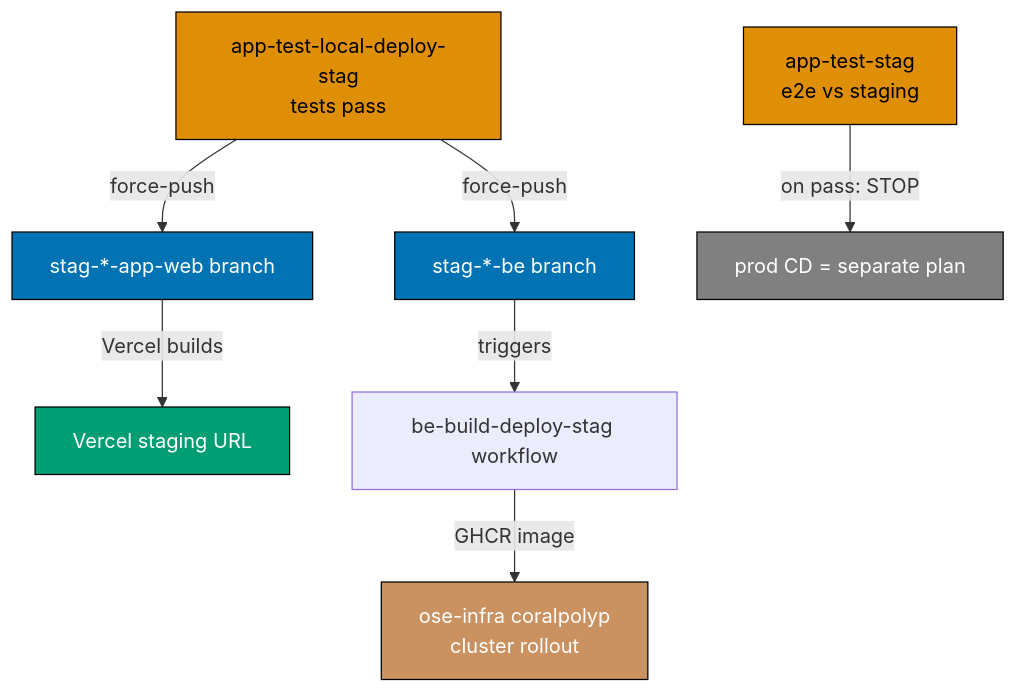
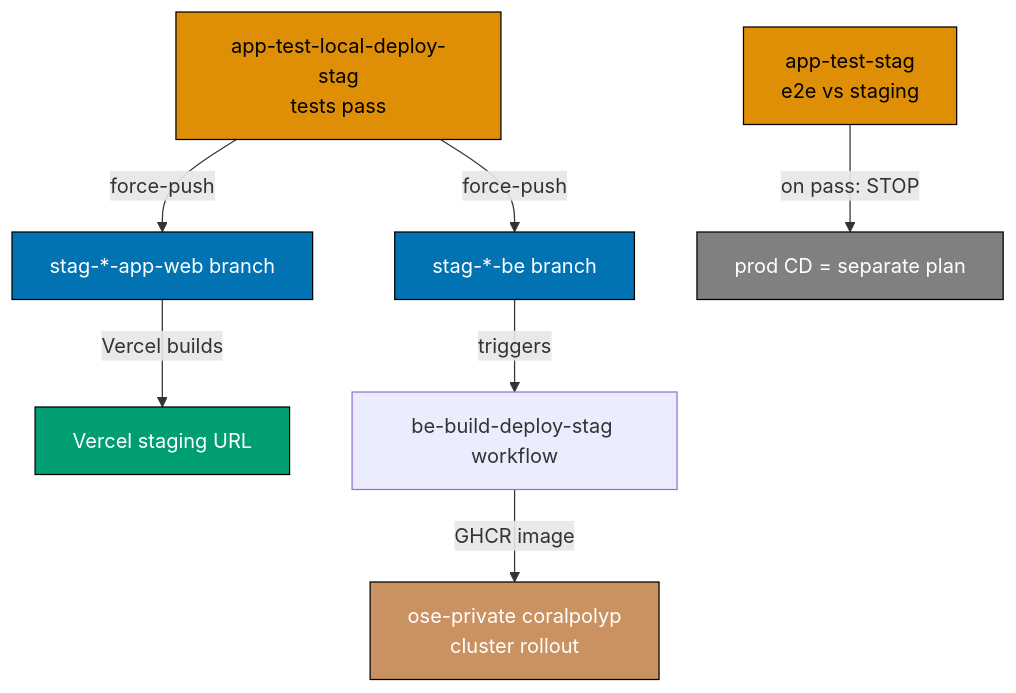
The diagram in repo-governance/development/infra/github-actions-workflow-naming.md (wahidyankf/baseerah), drawn with Mermaid before and after one commit. The commit also changed other lines of this file and 22 other files, not shown here.

Commit message:
docs(governance): rename ose-infra to ose-private across governance and docs

````diff
--- a/repo-governance/development/infra/github-actions-workflow-naming.md
+++ b/repo-governance/development/infra/github-actions-workflow-naming.md
@@ -137,17 +137,17 @@
 ```mermaid
 flowchart TD
     A[app-test-local-deploy-stag<br/>tests pass] -->|force-push| W[stag-*-app-web branch]
     A -->|force-push| B[stag-*-be branch]
     W -->|Vercel builds| VS[Vercel staging URL]
     B -->|triggers| BD[be-build-deploy-stag workflow]
-    BD -->|GHCR image| CP[ose-infra coralpolyp<br/>cluster rollout]
+    BD -->|GHCR image| CP[ose-private coralpolyp<br/>cluster rollout]
     A2[app-test-stag<br/>e2e vs staging] -->|on pass: STOP| X[prod CD = separate plan]
 
     style A fill:#DE8F05,stroke:#000,color:#000
     style A2 fill:#DE8F05,stroke:#000,color:#000
     style W fill:#0173B2,stroke:#000,color:#FFF
     style B fill:#0173B2,stroke:#000,color:#FFF
     style VS fill:#029E73,stroke:#000,color:#FFF
     style CP fill:#CA9161,stroke:#000,color:#FFF
     style X fill:#808080,stroke:#000,color:#FFF
 ```
````
